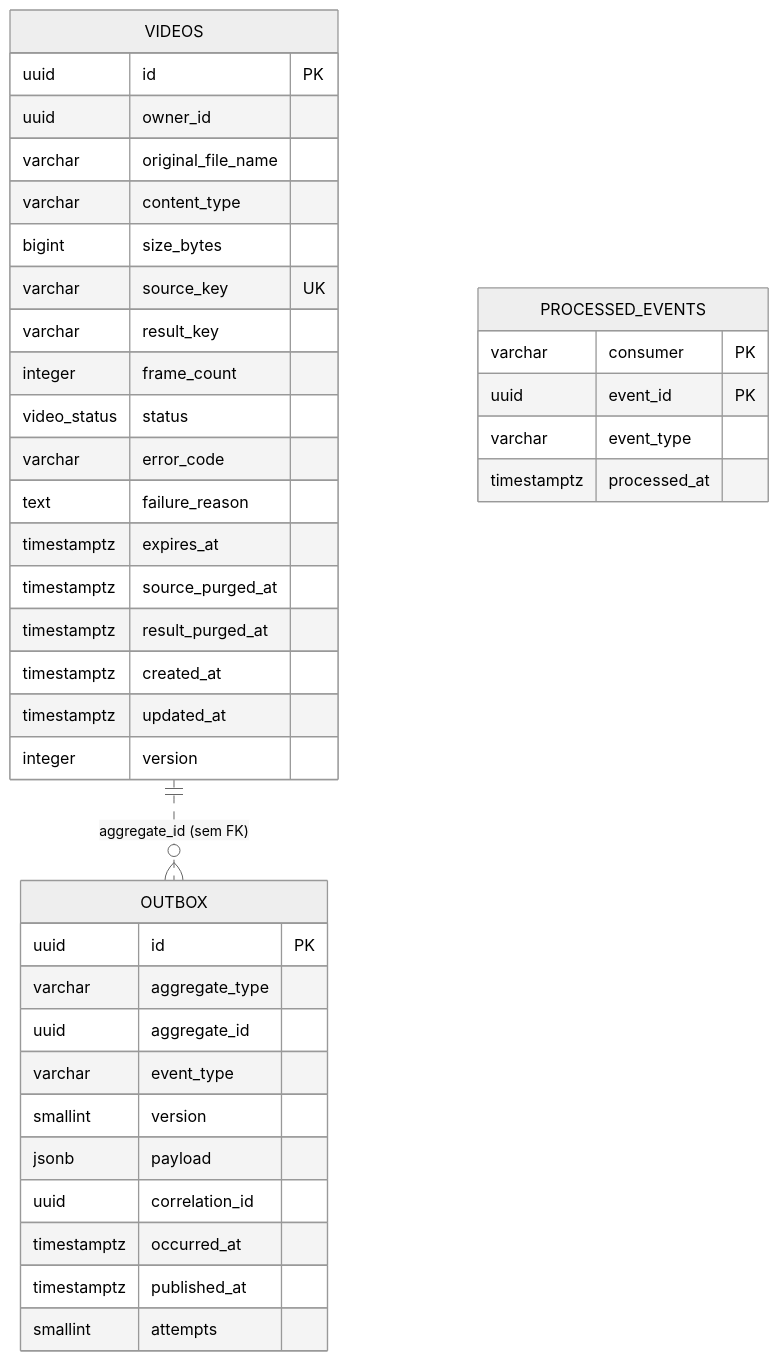
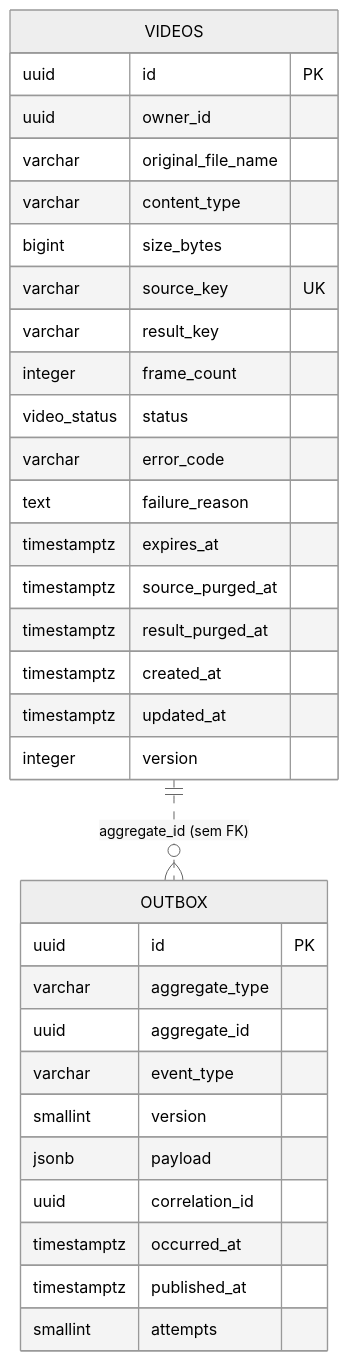
The second of 3 diagrams in docs/data/modelagem-de-dados.md (knzt/zipframes), drawn with Mermaid (neutral theme) before and after one commit. The commit also changed other lines of this file, not shown here.

Commit message:
docs: simplify notification model and drop event dedup table

````diff
--- a/docs/data/modelagem-de-dados.md
+++ b/docs/data/modelagem-de-dados.md
@@ -119,41 +125,35 @@
 ```mermaid
 erDiagram
   VIDEOS {
     uuid id PK
     uuid owner_id
     varchar original_file_name
     varchar content_type
     bigint size_bytes
     varchar source_key UK
     varchar result_key
     integer frame_count
     video_status status
     varchar error_code
     text failure_reason
     timestamptz expires_at
     timestamptz source_purged_at
     timestamptz result_purged_at
     timestamptz created_at
     timestamptz updated_at
     integer version
   }
   OUTBOX {
     uuid id PK
     varchar aggregate_type
     uuid aggregate_id
     varchar event_type
     smallint version
     jsonb payload
     uuid correlation_id
     timestamptz occurred_at
     timestamptz published_at
     smallint attempts
   }
-  PROCESSED_EVENTS {
-    varchar consumer PK
-    uuid event_id PK
-    varchar event_type
-    timestamptz processed_at
-  }
   VIDEOS ||..o{ OUTBOX : "aggregate_id (sem FK)"
 ```
````
